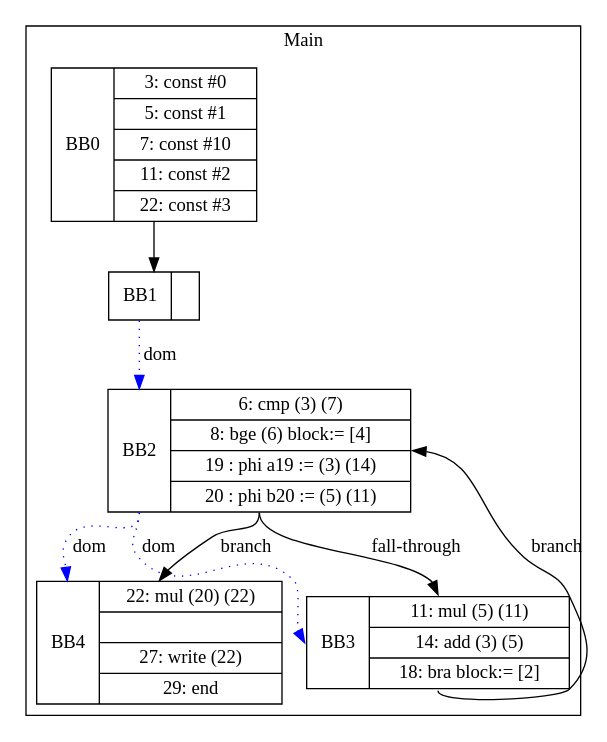
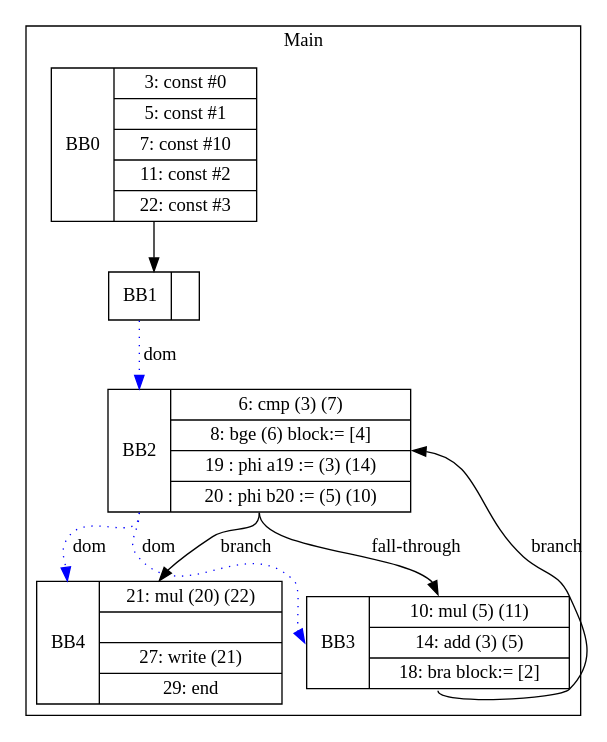
The diagram in visualization/phillip/simple/loop.gv (zjc664656505/UCI-CS241-Advanced-Compiler-main), drawn with Graphviz before and after one commit. The commit also changed 13 other files, not shown here.

```diff
--- a/visualization/phillip/simple/loop.gv
+++ b/visualization/phillip/simple/loop.gv
@@ -1,18 +1,18 @@
 digraph G {
 node [shape=record];
 subgraph cluster_main{
 label = "Main";
 BB0 [shape=record, label="<b>BB0|{3: const #0|5: const #1|7: const #10|11: const #2|22: const #3}"];
 BB1 [shape=record, label="<b>BB1|}"];
-BB2 [shape=record, label="<b>BB2|{6: cmp (3) (7)|8: bge (6) block:= [4]|19 : phi a19 := (3) (14)|20 : phi b20 := (5) (11)}"];
-BB3 [shape=record, label="<b>BB3|{11: mul (5) (11)|14: add (3) (5)|18: bra block:= [2]}"];
-BB4 [shape=record, label="<b>BB4|{22: mul (20) (22)||27: write (22)|29: end}"];
+BB2 [shape=record, label="<b>BB2|{6: cmp (3) (7)|8: bge (6) block:= [4]|19 : phi a19 := (3) (14)|20 : phi b20 := (5) (10)}"];
+BB3 [shape=record, label="<b>BB3|{10: mul (5) (11)|14: add (3) (5)|18: bra block:= [2]}"];
+BB4 [shape=record, label="<b>BB4|{21: mul (20) (22)||27: write (21)|29: end}"];
 }
 BB0:s -> BB1:n ;
 BB2:b -> BB3:b [color=blue, style=dotted, label="dom"];
 BB2:b -> BB4:b [color=blue, style=dotted, label="dom"];
 BB1:b -> BB2:b [color=blue, style=dotted, label="dom"];
 BB2:s -> BB4:n [label="branch"];
 BB3:s -> BB2:e [label="branch"];
 BB2:s -> BB3:n [label="fall-through"];
 }
```
